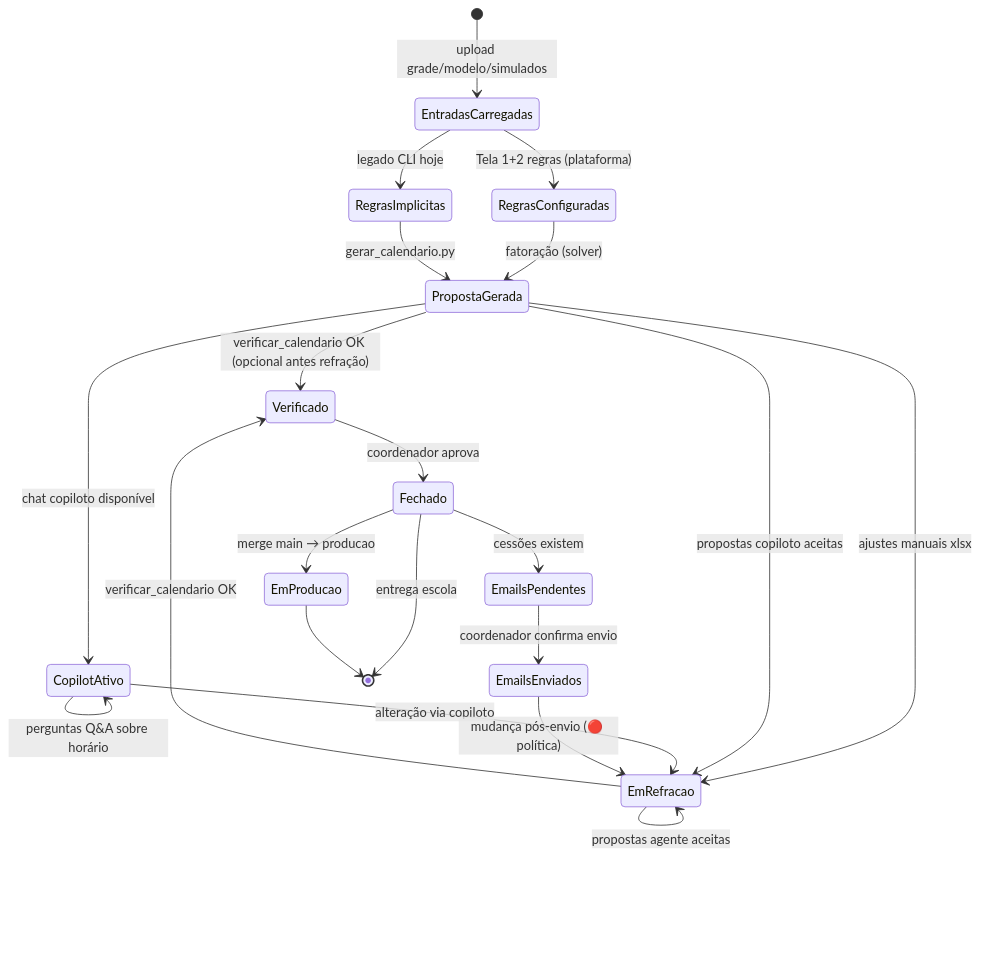
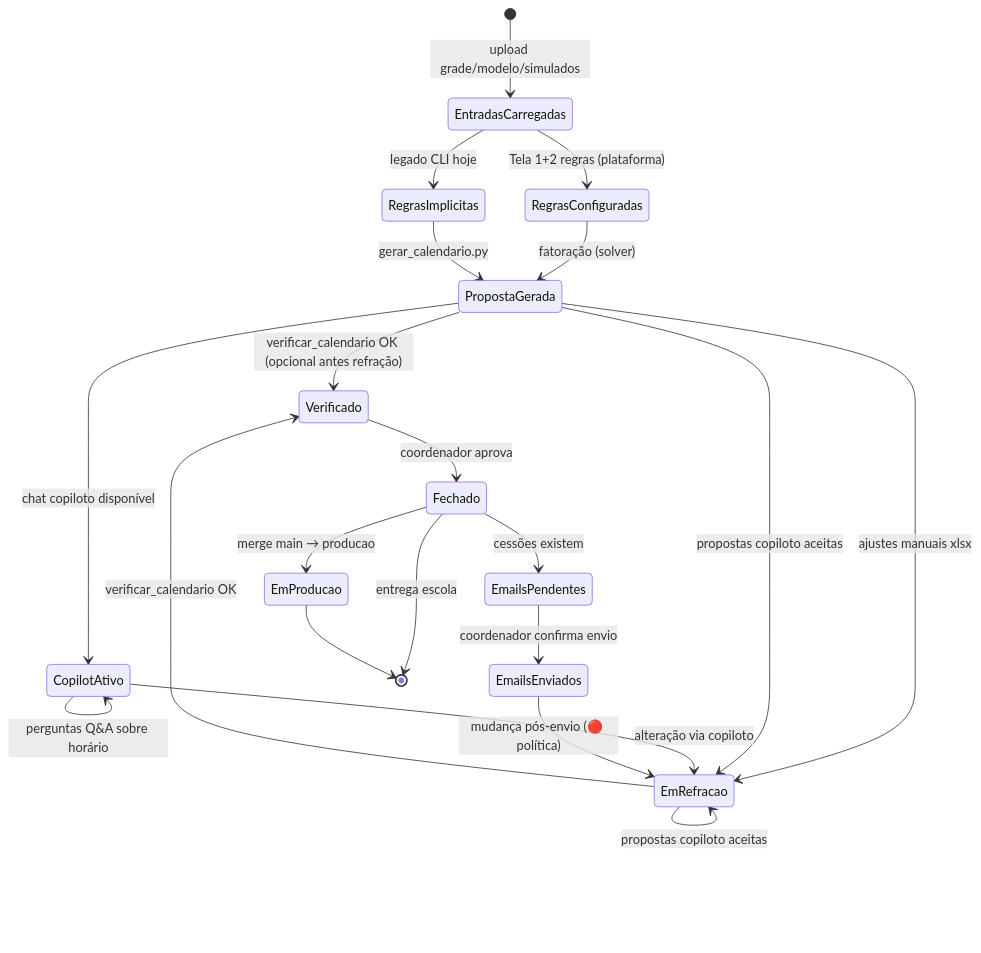
One commit to cbrener89052/calendarioprovas changed the first of 4 diagrams in _reversa_sdd/state-machines.md. Above: the diagram before and after it, drawn with Mermaid. The commit also changed 8 other files, not shown here.

````diff
--- a/_reversa_sdd/state-machines.md
+++ b/_reversa_sdd/state-machines.md
@@ -11,30 +11,30 @@
 ```mermaid
 stateDiagram-v2
     [*] --> EntradasCarregadas: upload grade/modelo/simulados
     
     EntradasCarregadas --> RegrasConfiguradas: Tela 1+2 regras (plataforma)
     EntradasCarregadas --> RegrasImplicitas: legado CLI hoje
     
     RegrasConfiguradas --> PropostaGerada: fatoração (solver)
     RegrasImplicitas --> PropostaGerada: gerar_calendario.py
     
     PropostaGerada --> Verificado: verificar_calendario OK (opcional antes refração)
     PropostaGerada --> CopilotAtivo: chat copiloto disponível
     CopilotAtivo --> CopilotAtivo: perguntas Q&A sobre horário
     PropostaGerada --> EmRefracao: ajustes manuais xlsx
     PropostaGerada --> EmRefracao: propostas copiloto aceitas
     CopilotAtivo --> EmRefracao: alteração via copiloto
     EmRefracao --> EmRefracao: mais edições
-    EmRefracao --> EmRefracao: propostas agente aceitas
+    EmRefracao --> EmRefracao: propostas copiloto aceitas
     EmRefracao --> Verificado: verificar_calendario OK
     
     Verificado --> Fechado: coordenador aprova
     Fechado --> EmProducao: merge main → producao
     
     Fechado --> EmailsPendentes: cessões existem
     EmailsPendentes --> EmailsEnviados: coordenador confirma envio
     EmailsEnviados --> EmRefracao: mudança pós-envio (🔴 política)
     
     Fechado --> [*]: entrega escola
     EmProducao --> [*]
 ```
````
